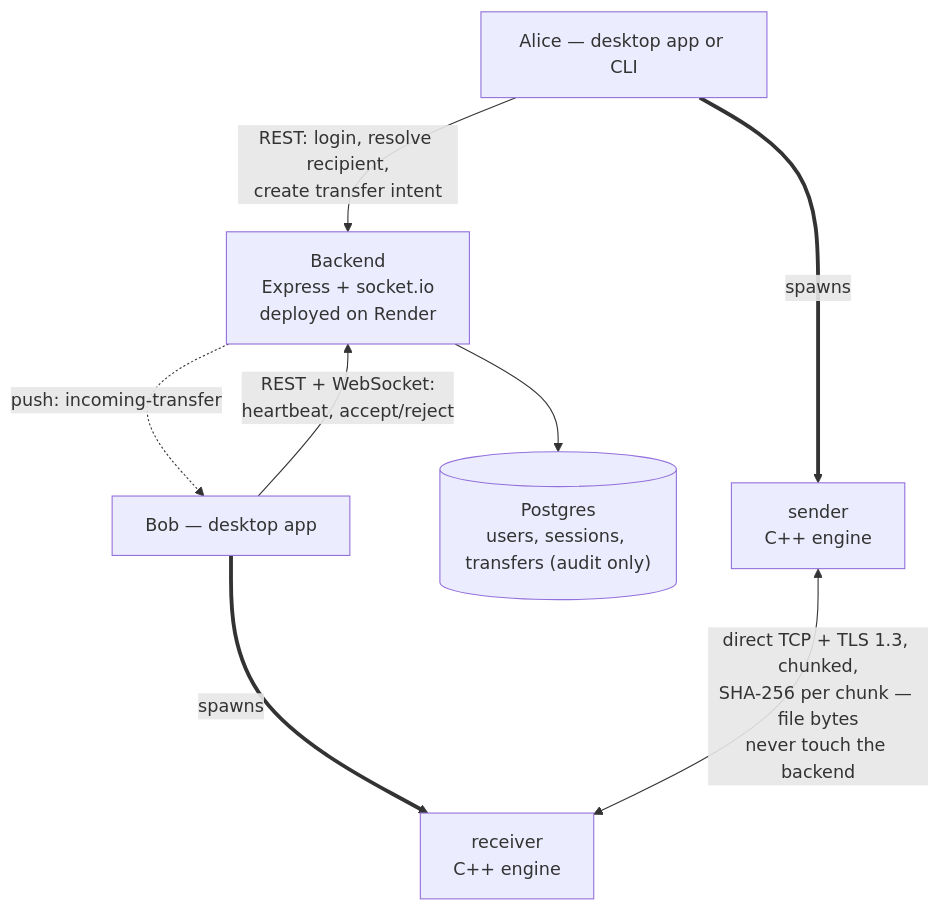
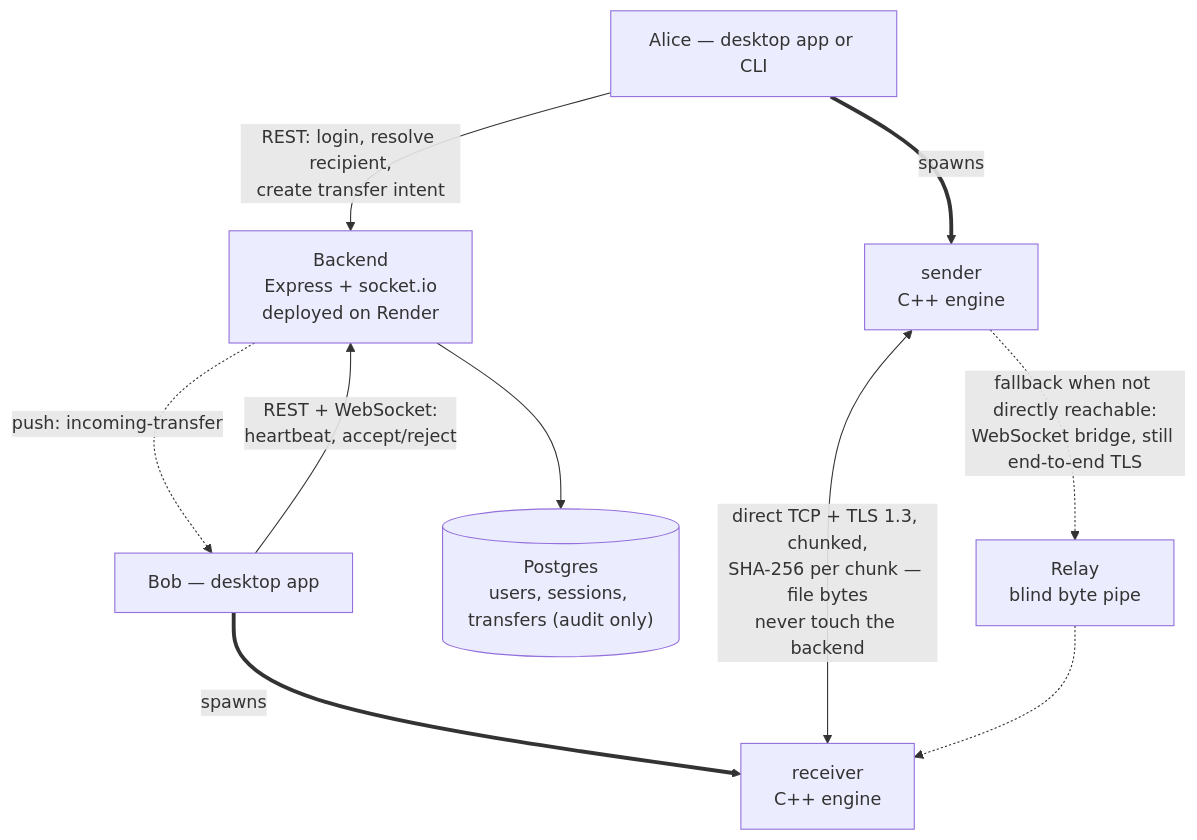
One commit to Aditya-Karn234/PeerPayload changed the diagram in README.md. Above: the diagram before and after it, drawn with Mermaid. The commit also changed other lines of this file and 14 other files, not shown here.

First line of the commit message:
Clients: fall back to the relay when the receiver isn't directly reachable

````diff
--- a/README.md
+++ b/README.md
@@ -23,11 +23,13 @@
 ```mermaid
 flowchart TB
     A["Alice — desktop app or CLI"] -->|"REST: login, resolve recipient,<br/>create transfer intent"| Backend
     B["Bob — desktop app"] -->|"REST + WebSocket:<br/>heartbeat, accept/reject"| Backend
     Backend["Backend<br/>Express + socket.io<br/>deployed on Render"]
     Backend --> Postgres[("Postgres<br/>users, sessions, transfers (audit only)")]
     Backend -.->|"push: incoming-transfer"| B
     A ==>|spawns| SenderProc["sender<br/>C++ engine"]
     B ==>|spawns| ReceiverProc["receiver<br/>C++ engine"]
     SenderProc <-->|"direct TCP + TLS 1.3, chunked,<br/>SHA-256 per chunk — file bytes<br/>never touch the backend"| ReceiverProc
+    SenderProc -.->|"fallback when not directly reachable:<br/>WebSocket bridge, still end-to-end TLS"| Relay["Relay<br/>blind byte pipe"]
+    Relay -.-> ReceiverProc
 ```
````
